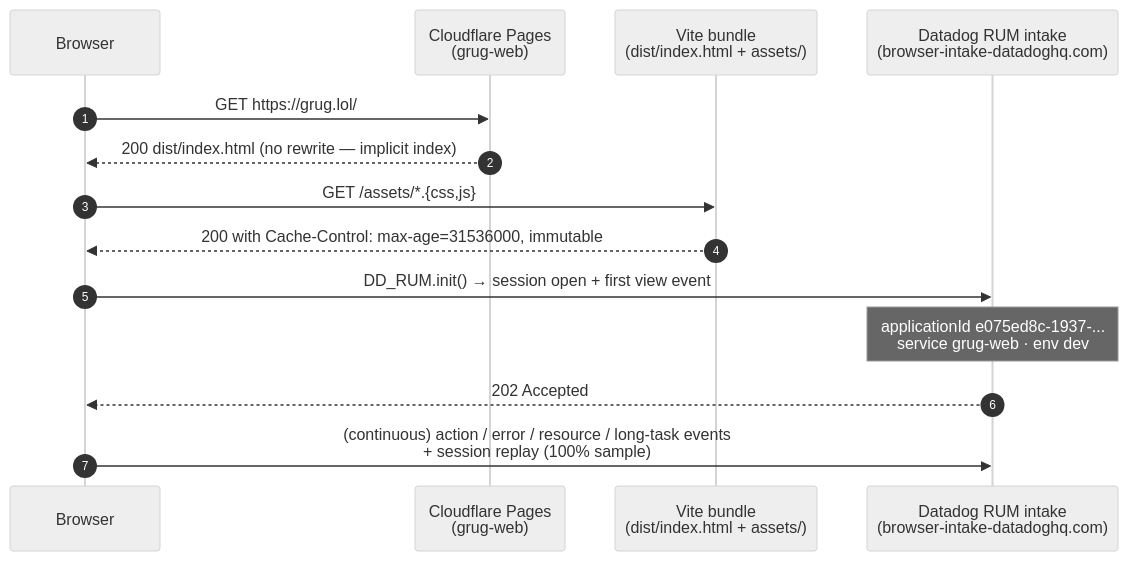
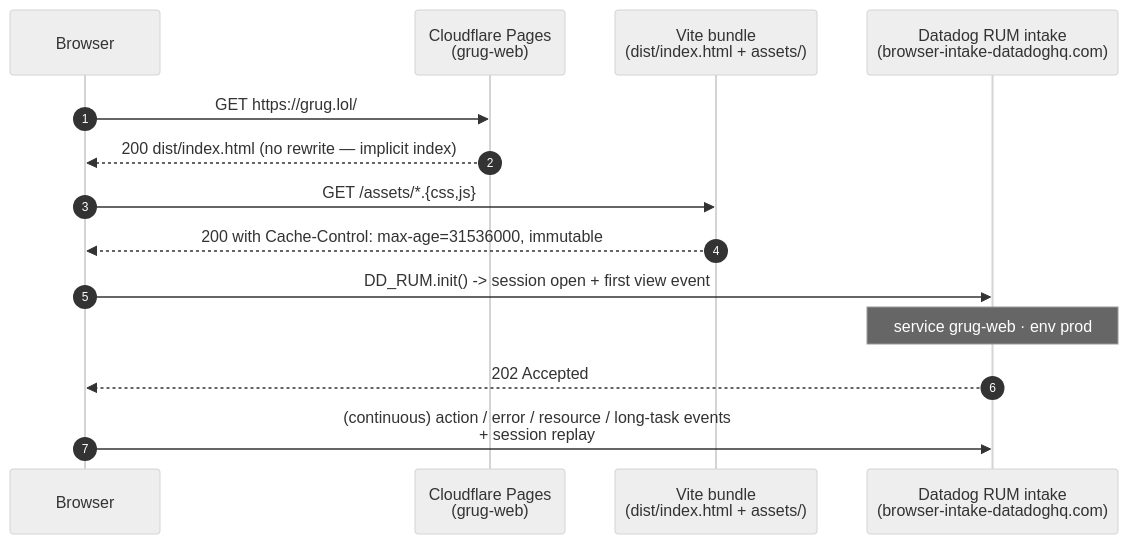
The first of 6 diagrams in docs/NETWORK-TOPOLOGY.md (quadseven/grug), drawn with Mermaid (neutral theme) before and after one commit. The commit also changed other lines of this file, not shown here.

First line of the commit message:
docs(grug): rewrite NETWORK-TOPOLOGY for the k8s/tunnel/CNPG/SQS runtime

````diff
--- a/docs/NETWORK-TOPOLOGY.md
+++ b/docs/NETWORK-TOPOLOGY.md
@@ -49,17 +77,17 @@
 ```mermaid
 sequenceDiagram
     autonumber
     participant Browser
     participant CF as Cloudflare Pages<br/>(grug-web)
     participant Bundle as Vite bundle<br/>(dist/index.html + assets/)
     participant DD as Datadog RUM intake<br/>(browser-intake-datadoghq.com)
 
     Browser->>CF: GET https://grug.lol/
     CF-->>Browser: 200 dist/index.html (no rewrite — implicit index)
     Browser->>Bundle: GET /assets/*.{css,js}
     Bundle-->>Browser: 200 with Cache-Control: max-age=31536000, immutable
-    Browser->>DD: DD_RUM.init() → session open + first view event
-    Note over DD: applicationId e075ed8c-1937-...<br/>service grug-web · env dev
+    Browser->>DD: DD_RUM.init() -> session open + first view event
+    Note over DD: service grug-web · env prod
     DD-->>Browser: 202 Accepted
-    Browser->>DD: (continuous) action / error / resource / long-task events<br/>+ session replay (100% sample)
+    Browser->>DD: (continuous) action / error / resource / long-task events<br/>+ session replay
 ```
````
